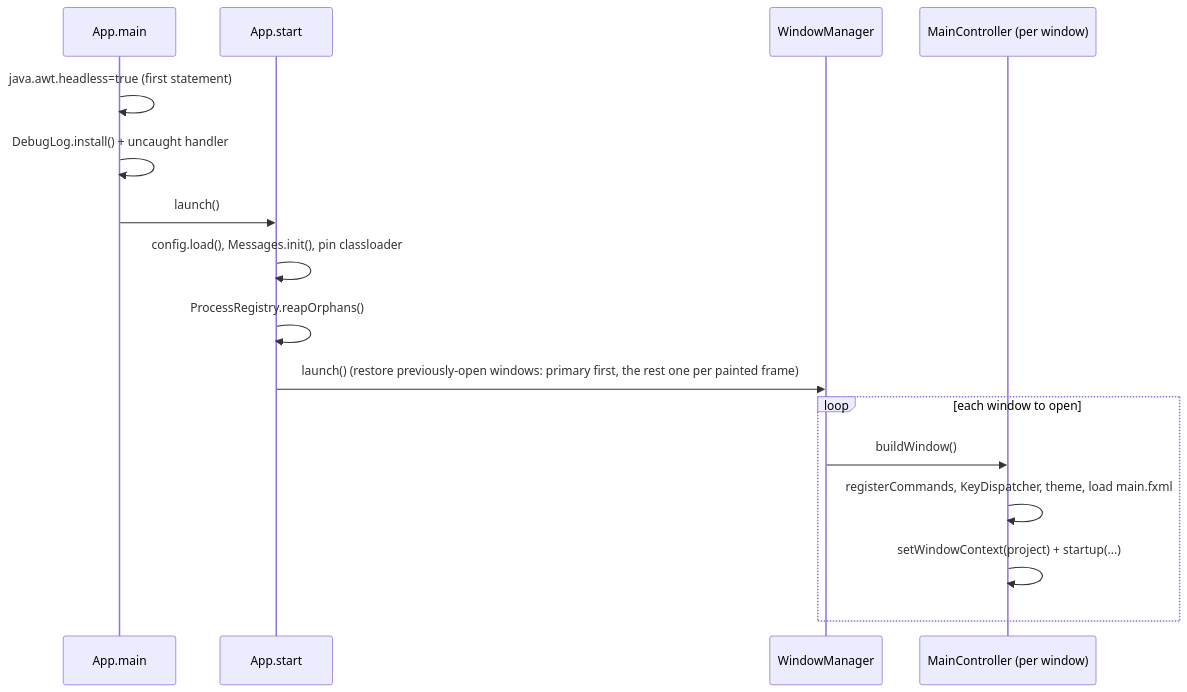
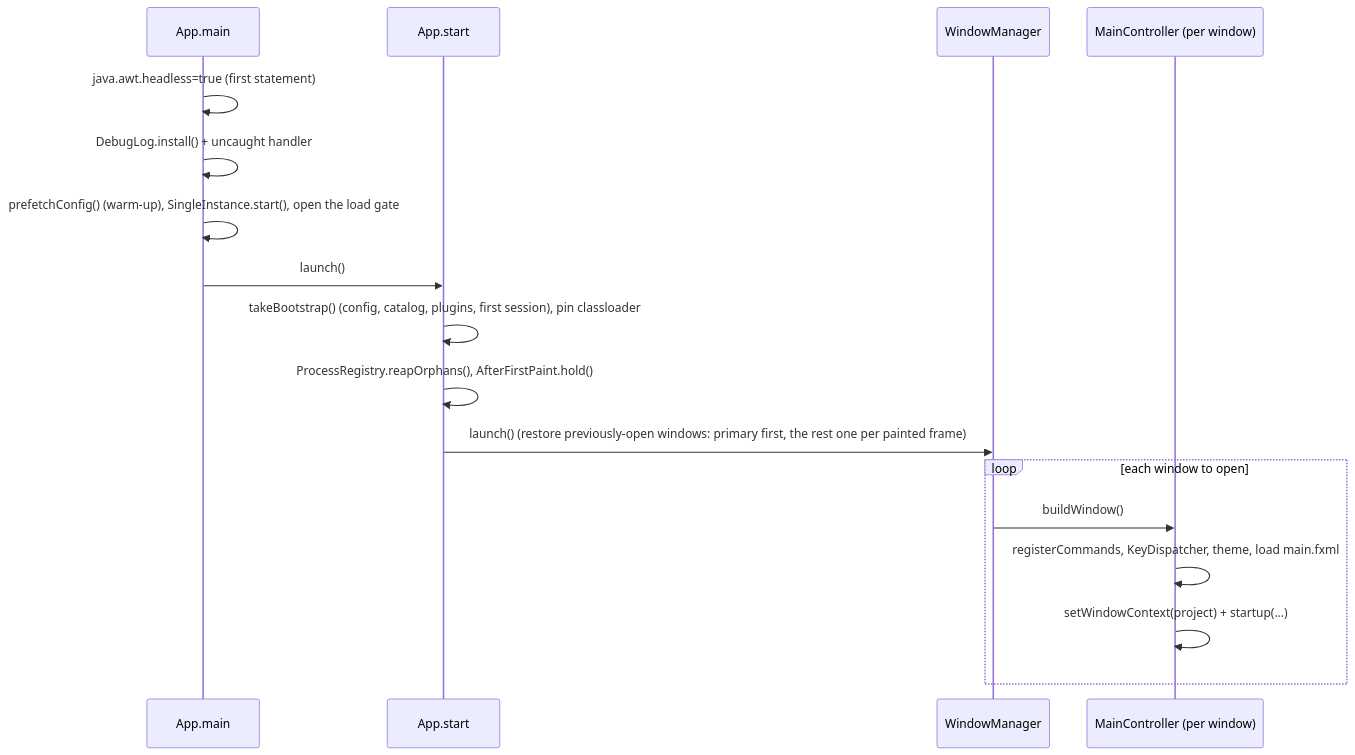
Before and after one commit to adriandeleon/Editora: the first of 4 diagrams in docs/architecture.md, drawn with Mermaid. The commit also changed other lines of this file and 34 other files, not shown here.

````diff
--- a/docs/architecture.md
+++ b/docs/architecture.md
@@ -39,18 +45,19 @@
 ```mermaid
 sequenceDiagram
     participant main as App.main
     participant start as App.start
     participant WM as WindowManager
     participant MC as MainController (per window)
     main->>main: java.awt.headless=true  (first statement)
     main->>main: DebugLog.install() + uncaught handler
+    main->>main: prefetchConfig() (warm-up), SingleInstance.start(), open the load gate
     main->>start: launch()
-    start->>start: config.load(), Messages.init(), pin classloader
-    start->>start: ProcessRegistry.reapOrphans()
+    start->>start: takeBootstrap() (config, catalog, plugins, first session), pin classloader
+    start->>start: ProcessRegistry.reapOrphans(), AfterFirstPaint.hold()
     start->>WM: launch()  (restore previously-open windows: primary first, the rest one per painted frame)
     loop each window to open
         WM->>MC: buildWindow()
         MC->>MC: registerCommands, KeyDispatcher, theme, load main.fxml
         MC->>MC: setWindowContext(project) + startup(...)
     end
 ```
````
